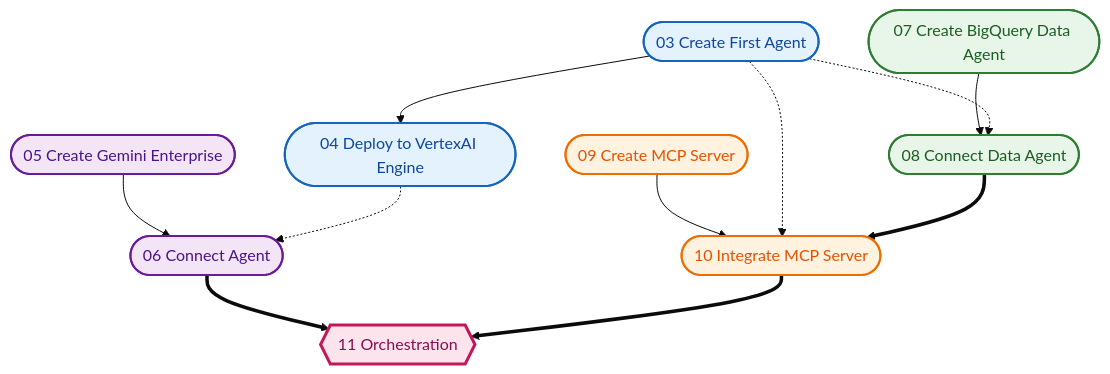
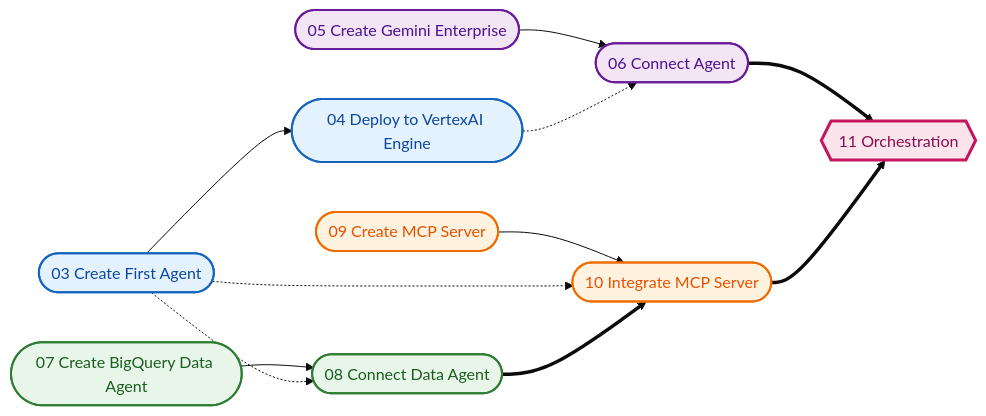
The diagram in agent-lab/01-introduction.md (edemir/shimmering-cassini), drawn with Mermaid (base theme) before and after one commit.

Commit message:
docs: change mermaid diagram orientation from top-down to left-right in introduction lab

````diff
--- a/agent-lab/01-introduction.md
+++ b/agent-lab/01-introduction.md
@@ -27,40 +27,40 @@
 ```mermaid
-flowchart TD
+flowchart LR
     %% Define styles for different tracks
     classDef main fill:#e3f2fd,stroke:#1565c0,stroke-width:2px,color:#0d47a1
     classDef enterprise fill:#f3e5f5,stroke:#6a1b9a,stroke-width:2px,color:#4a148c
     classDef data fill:#e8f5e9,stroke:#2e7d32,stroke-width:2px,color:#1b5e20
     classDef mcp fill:#fff3e0,stroke:#ef6c00,stroke-width:2px,color:#e65100
     classDef final fill:#fce4ec,stroke:#c2185b,stroke-width:3px,color:#880e4f
 
     %% Nodes with shapes
     D([05 Create Gemini Enterprise]):::enterprise
     E([06 Connect Agent]):::enterprise
     
     B([03 Create First Agent]):::main
     C([04 Deploy to VertexAI Engine]):::main
     
     F([07 Create BigQuery Data Agent]):::data
     G([08 Connect Data Agent]):::data
     
     H([09 Create MCP Server]):::mcp
     I([10 Integrate MCP Server]):::mcp
     
     J{{11 Orchestration}}:::final
 
     %% Edges
     D --> E
     
     B --> C
     C -.-> E
     
     F --> G
     B -.-> G
     
     H --> I
     B -.-> I
     
     E ==> J
     G ==> I
     I ==> J
 ```
````
